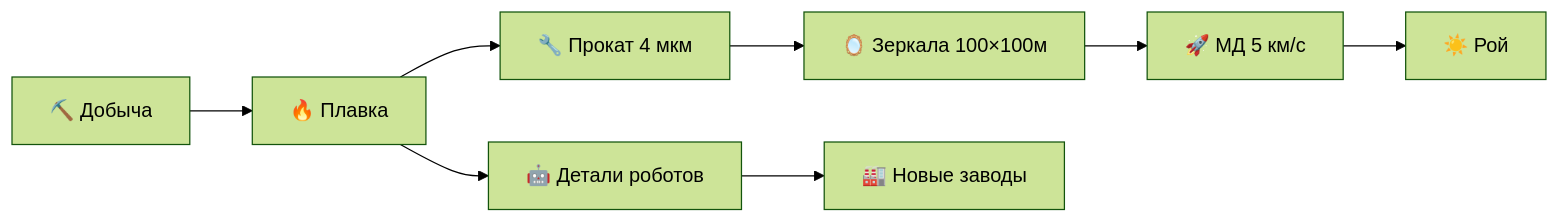
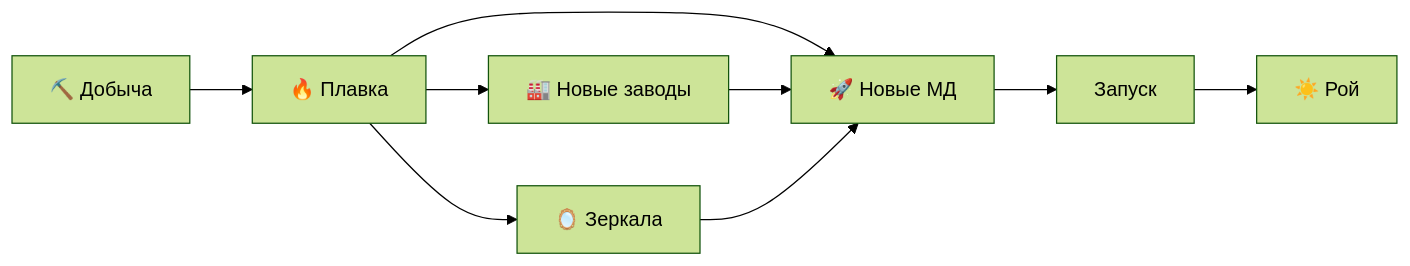
Before and after one commit to DmitryNasikanov/infinite-energy: the third of 3 diagrams in ru/science/executive-summary.qmd, drawn with Mermaid (forest theme). The commit also changed other lines of this file and 18 other files, not shown here.

````diff
--- a/ru/science/executive-summary.qmd
+++ b/ru/science/executive-summary.qmd
@@ -170,10 +170,11 @@
 ```{mermaid}
 flowchart LR
     A[⛏️ Добыча] --> B[🔥 Плавка]
-    B --> C[🔧 Прокат 4 мкм]
-    B --> D[🤖 Детали роботов]
-    C --> E[🪞 Зеркала 100×100м]
-    D --> F[🏭 Новые заводы]
-    E --> G[🚀 МД 5 км/с]
-    G --> H[☀️ Рой]
+    B --> C[🏭 Новые заводы]
+    B --> D[🚀 Новые МД]
+    B --> E[🪞 Зеркала]
+    C --> D
+    E --> D
+    D --> F[Запуск]
+    F --> G[☀️ Рой]
 ```
````
